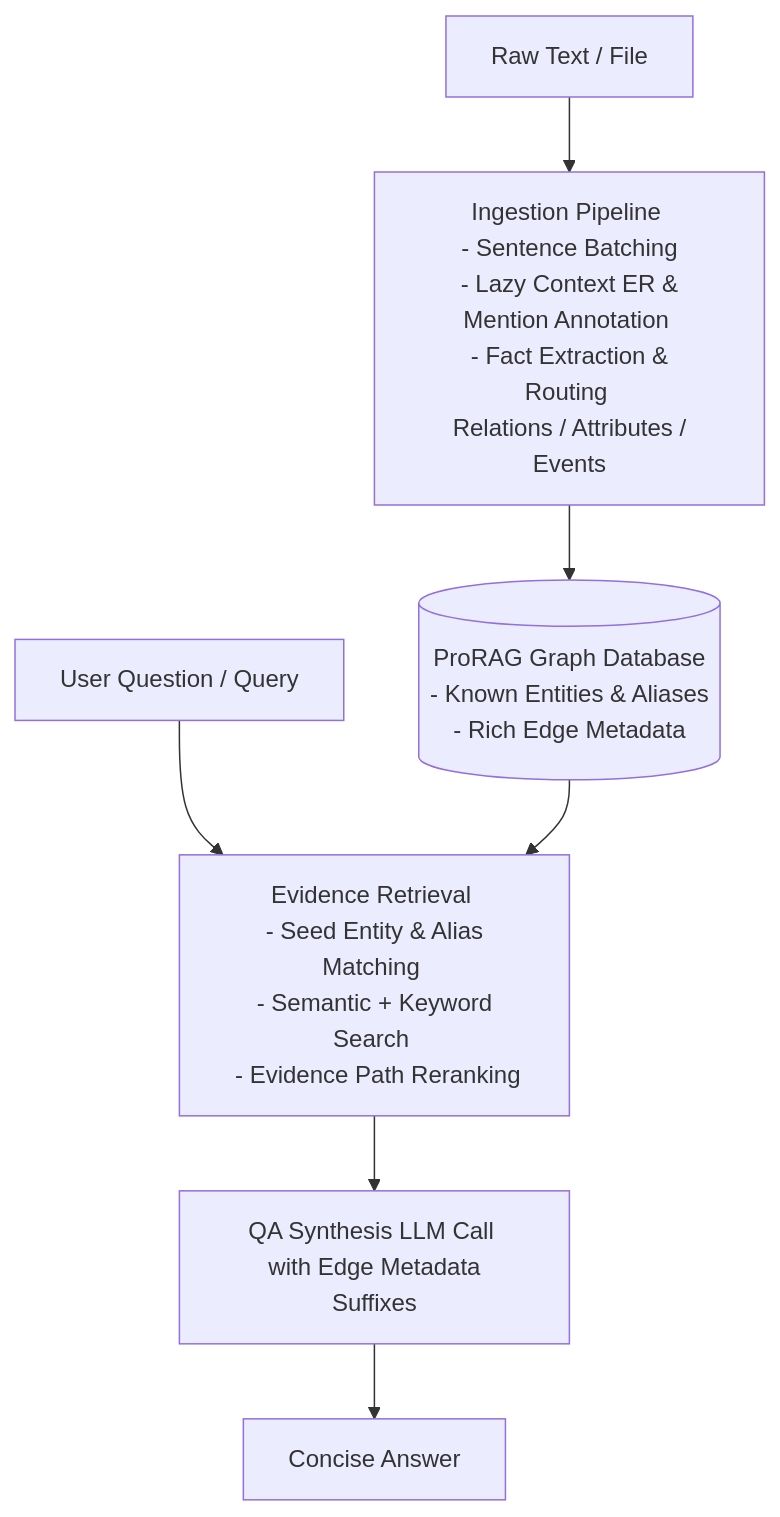
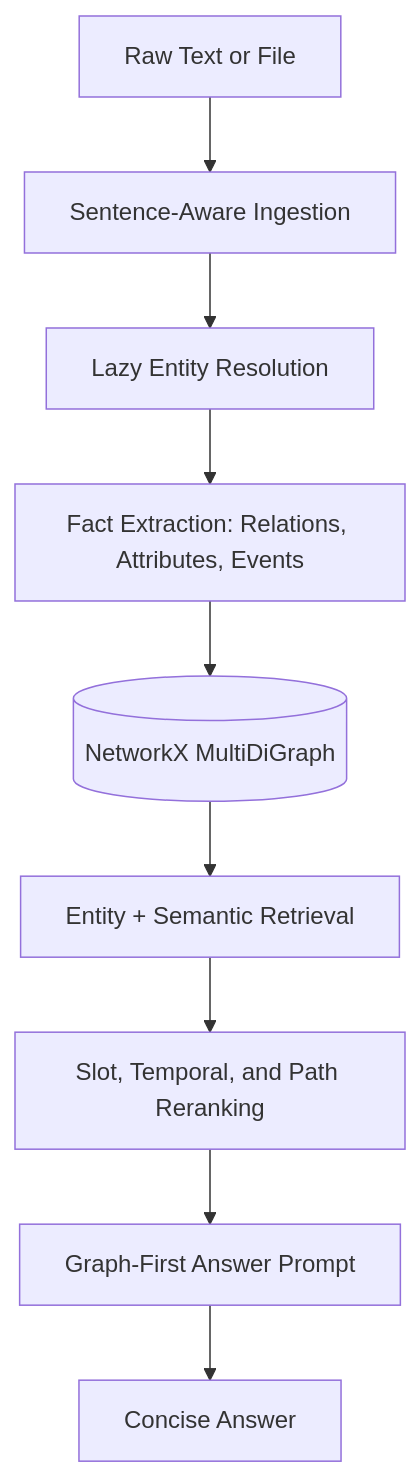
The diagram in README.md (entity-solo/prorag), drawn with Mermaid before and after one commit. The commit also changed other lines of this file and 23 other files, not shown here.

Commit message:
Harden ProRAG runtime for production

````diff
--- a/README.md
+++ b/README.md
@@ -13,12 +7,11 @@
 ```mermaid
 graph TD
-    %% Ingestion Flow
-    A[Raw Text / File] --> B[Ingestion Pipeline <br/> - Sentence Batching <br/> - Lazy Context ER & Mention Annotation <br/> - Fact Extraction & Routing <br/> Relations / Attributes / Events]
-    B --> C[(ProRAG Graph Database <br/> - Known Entities & Aliases <br/> - Rich Edge Metadata)]
-
-    %% Query Flow
-    D[User Question / Query] --> E[Evidence Retrieval <br/> - Seed Entity & Alias Matching <br/> - Semantic + Keyword Search <br/> - Evidence Path Reranking]
-    C --> E
-    E --> F[QA Synthesis LLM Call <br/> with Edge Metadata Suffixes]
-    F --> G[Concise Answer]
+    A[Raw Text or File] --> B[Sentence-Aware Ingestion]
+    B --> C[Lazy Entity Resolution]
+    C --> D[Fact Extraction: Relations, Attributes, Events]
+    D --> E[(NetworkX MultiDiGraph)]
+    E --> F[Entity + Semantic Retrieval]
+    F --> G[Slot, Temporal, and Path Reranking]
+    G --> H[Graph-First Answer Prompt]
+    H --> I[Concise Answer]
 ```
````
